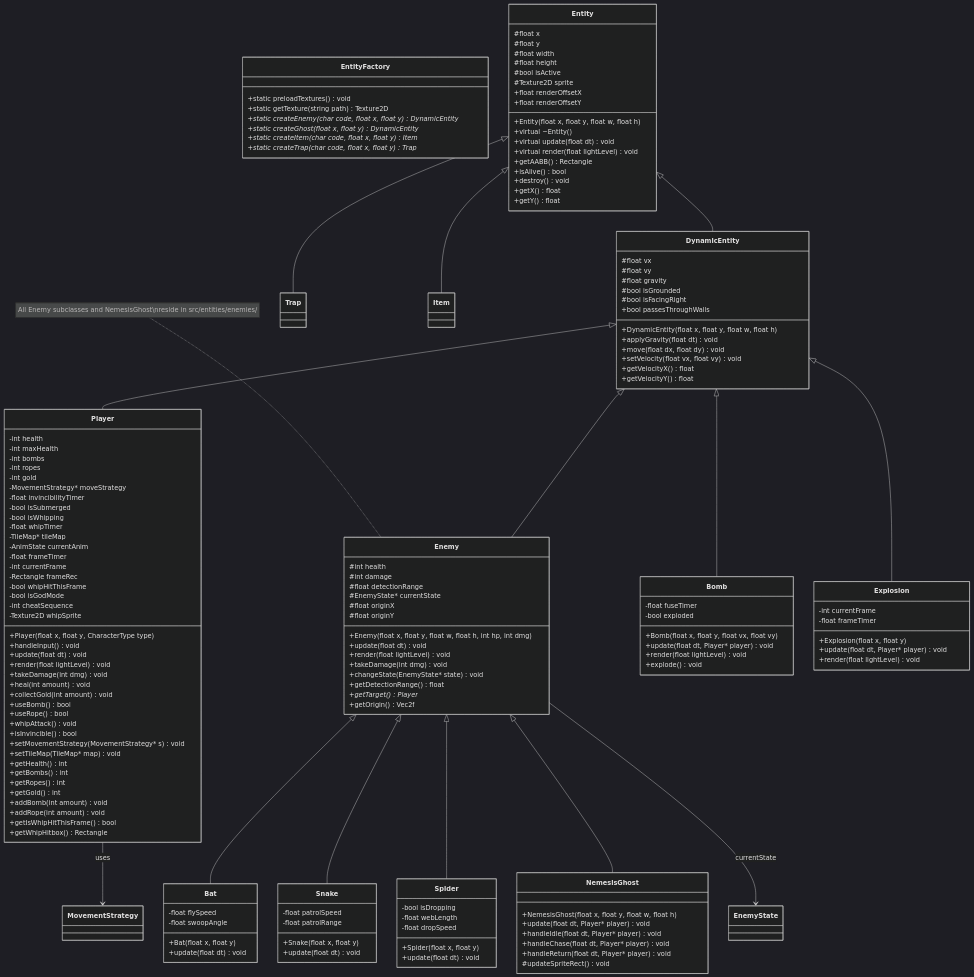
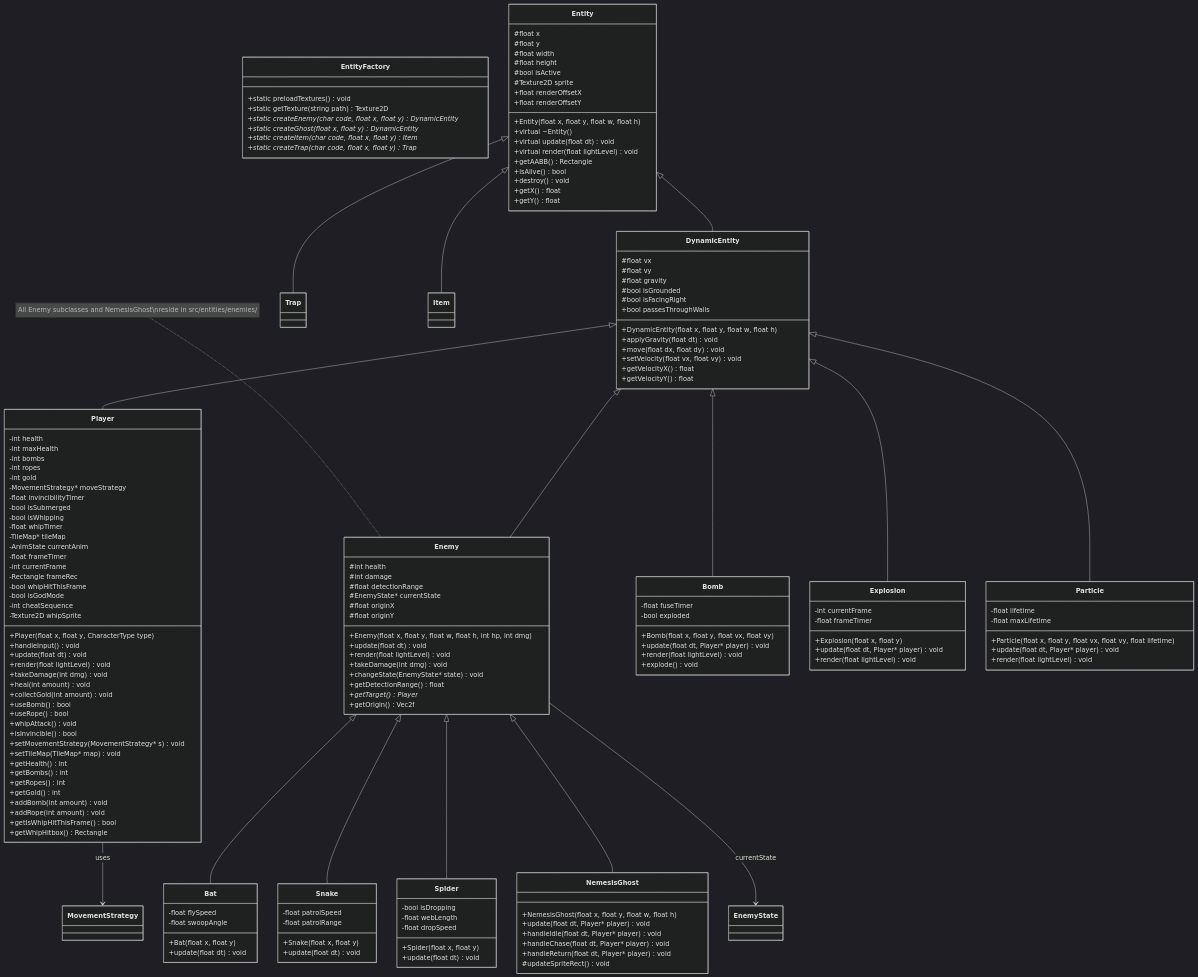
One commit to Gasmask-Chan/CS202-Cavern-Descent changed the second of 8 diagrams in project_plan.md. Above: the diagram before and after it, drawn with Mermaid (dark theme). The commit also changed other lines of this file and 9 other files, not shown here.

```diff
--- a/project_plan.md
+++ b/project_plan.md
@@ -713,6 +713,14 @@
         +update(float dt) void
     }
 
+    class Particle {
+        -float lifetime
+        -float maxLifetime
+        +Particle(float x, float y, float vx, float vy, float lifetime)
+        +update(float dt, Player* player) void
+        +render(float lightLevel) void
+    }
+
 
 
     Entity <|-- DynamicEntity
@@ -722,6 +730,7 @@
     DynamicEntity <|-- Enemy
     DynamicEntity <|-- Bomb
     DynamicEntity <|-- Explosion
+    DynamicEntity <|-- Particle
     Enemy <|-- Bat
     Enemy <|-- Snake
     Enemy <|-- Spider
```
